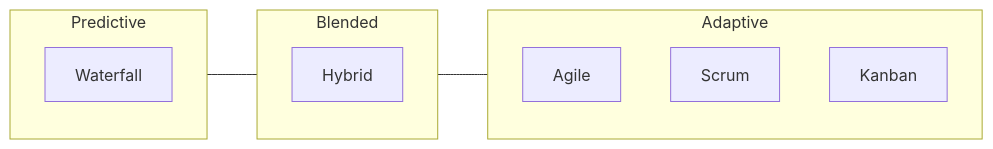
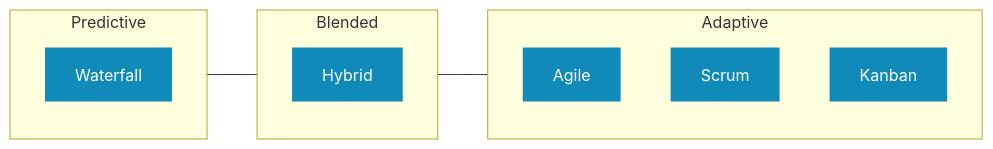
The first of 2 diagrams in _pages/projects/delivery_approach.md (kevinmcaleer/kevstemplates.com), drawn with Mermaid before and after one commit. The commit also changed other lines of this file and 72 other files, not shown here.

```diff
--- a/_pages/projects/delivery_approach.md
+++ b/_pages/projects/delivery_approach.md
@@ -31,17 +31,20 @@
 <div class="mermaid">
 flowchart LR
     subgraph Predictive
         W[Waterfall]
     end
     subgraph Adaptive
         A[Agile]
         S[Scrum]
         K[Kanban]
     end
     subgraph Blended
         H[Hybrid]
     end
 
     Predictive --- Blended
     Blended --- Adaptive
+
+    classDef blue fill:#108BB9,stroke:none,color:#fff
+    class W,A,S,K,H blue
 </div>
```
